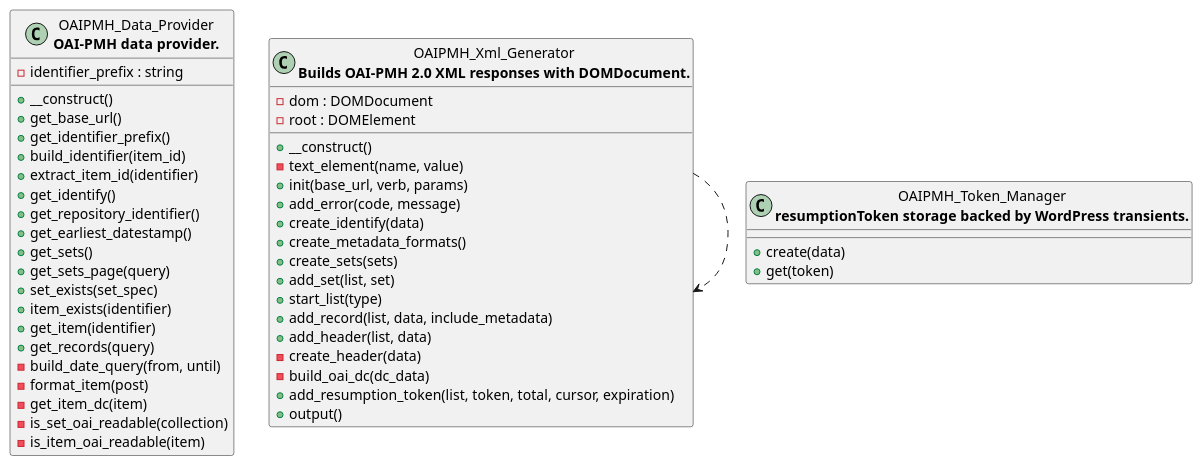
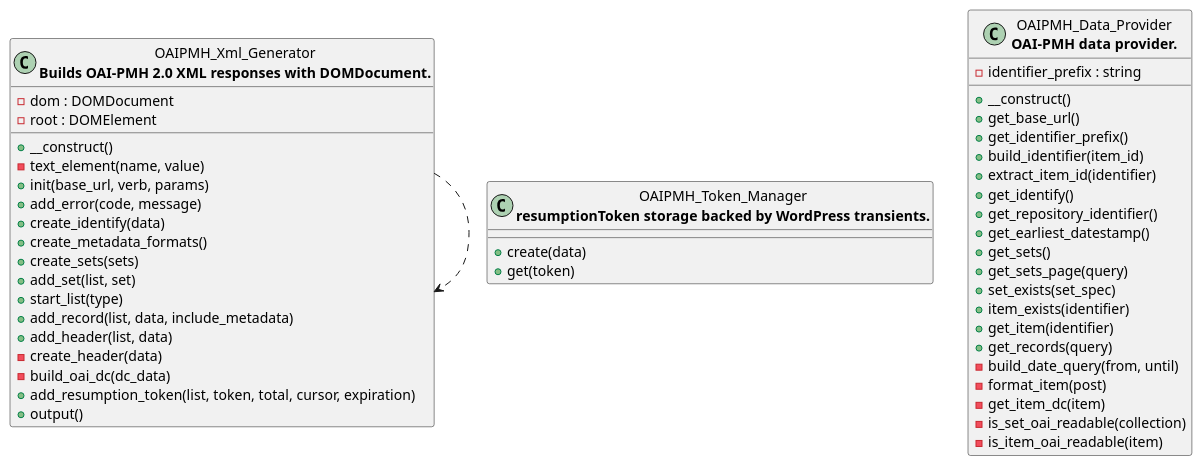
Before and after one commit to tainacan/tainacan: the diagram in docs/diagrams/tainacan-namespace-Tainacan-OAIPMHExpose.puml, drawn with PlantUML. The commit also changed other lines of this file and 100 other files, not shown here.

```diff
--- a/docs/diagrams/tainacan-namespace-Tainacan-OAIPMHExpose.puml
+++ b/docs/diagrams/tainacan-namespace-Tainacan-OAIPMHExpose.puml
@@ -1,48 +1,48 @@
 @startuml class-diagram
-  class "OAIPMH_Data_Provider\n<b>OAI-PMH data provider.</b>" as OAIPMH_Data_Provider {
-    -identifier_prefix : string
-    +__construct()
-    +get_base_url()
-    +get_identifier_prefix()
-    +build_identifier(item_id)
-    +extract_item_id(identifier)
-    +get_identify()
-    +get_repository_identifier()
-    +get_earliest_datestamp()
-    +get_sets()
-    +get_sets_page(query)
-    +set_exists(set_spec)
-    +item_exists(identifier)
-    +get_item(identifier)
-    +get_records(query)
-    -build_date_query(from, until)
-    -format_item(post)
-    -get_item_dc(item)
-    -is_set_oai_readable(collection)
-    -is_item_oai_readable(item)
-  }
   class "OAIPMH_Xml_Generator\n<b>Builds OAI-PMH 2.0 XML responses with DOMDocument.</b>" as OAIPMH_Xml_Generator {
     -dom : DOMDocument
     -root : DOMElement
     +__construct()
     -text_element(name, value)
     +init(base_url, verb, params)
     +add_error(code, message)
     +create_identify(data)
     +create_metadata_formats()
     +create_sets(sets)
     +add_set(list, set)
     +start_list(type)
     +add_record(list, data, include_metadata)
     +add_header(list, data)
     -create_header(data)
     -build_oai_dc(dc_data)
     +add_resumption_token(list, token, total, cursor, expiration)
     +output()
   }
   class "OAIPMH_Token_Manager\n<b>resumptionToken storage backed by WordPress transients.</b>" as OAIPMH_Token_Manager {
     +create(data)
     +get(token)
   }
+  class "OAIPMH_Data_Provider\n<b>OAI-PMH data provider.</b>" as OAIPMH_Data_Provider {
+    -identifier_prefix : string
+    +__construct()
+    +get_base_url()
+    +get_identifier_prefix()
+    +build_identifier(item_id)
+    +extract_item_id(identifier)
+    +get_identify()
+    +get_repository_identifier()
+    +get_earliest_datestamp()
+    +get_sets()
+    +get_sets_page(query)
+    +set_exists(set_spec)
+    +item_exists(identifier)
+    +get_item(identifier)
+    +get_records(query)
+    -build_date_query(from, until)
+    -format_item(post)
+    -get_item_dc(item)
+    -is_set_oai_readable(collection)
+    -is_item_oai_readable(item)
+  }
   OAIPMH_Xml_Generator ..> OAIPMH_Xml_Generator
 @enduml
```
